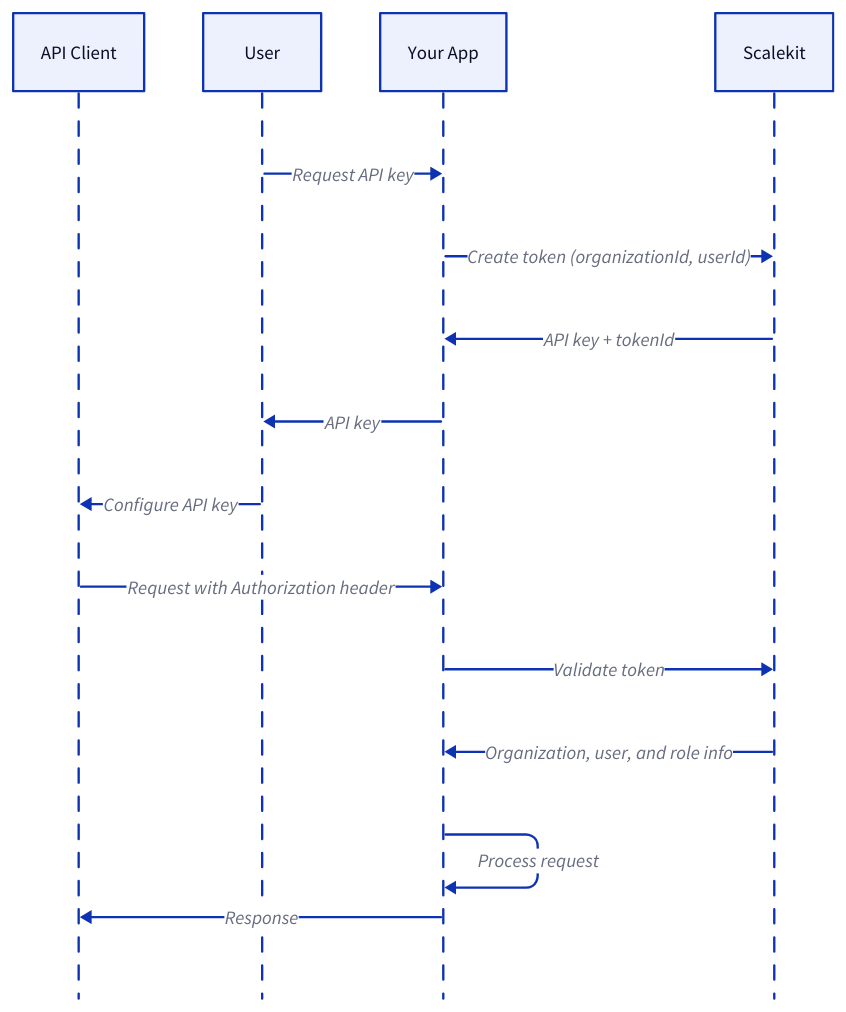
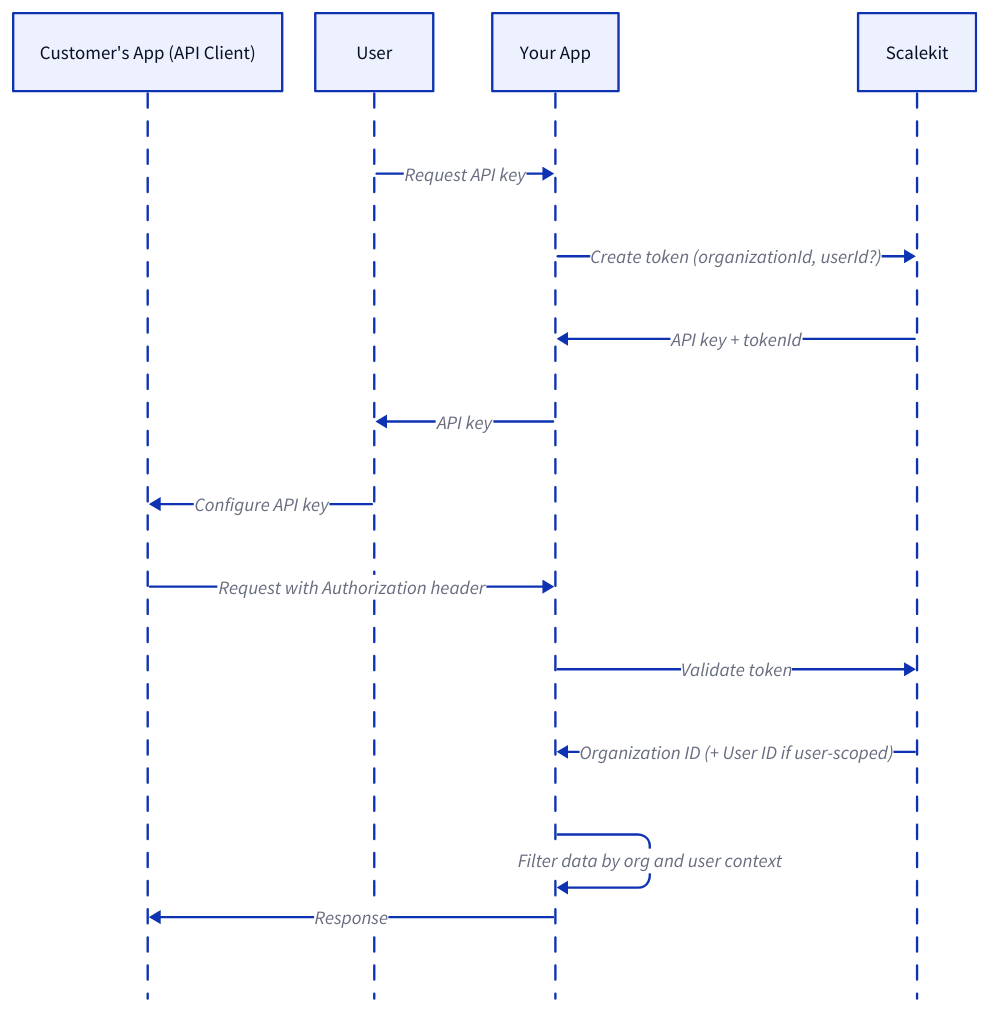
Before and after one commit to scalekit-inc/developer-docs: the diagram in src/content/docs/authenticate/m2m/api-keys.mdx, drawn with D2. The commit also changed other lines of this file and 2 other files, not shown here.

Commit message:
make the org level content and user level content, even more clear

````diff
--- a/src/content/docs/authenticate/m2m/api-keys.mdx
+++ b/src/content/docs/authenticate/m2m/api-keys.mdx
@@ -27,19 +25,19 @@
 ```d2 pad=36
 shape: sequence_diagram
 
-API Client
+Customer's App (API Client)
 User
 Your App
 Scalekit
 
 User -> Your App: Request API key
-Your App -> Scalekit: Create token (organizationId, userId)
+Your App -> Scalekit: Create token (organizationId, userId?)
 Scalekit -> Your App: API key + tokenId
 Your App -> User: API key
-User -> API Client: Configure API key
-API Client -> Your App: Request with Authorization header
+User -> Customer's App (API Client): Configure API key
+Customer's App (API Client) -> Your App: Request with Authorization header
 Your App -> Scalekit: Validate token
-Scalekit -> Your App: Organization, user, and role info
-Your App -> Your App: Process request
-Your App -> API Client: Response
+Scalekit -> Your App: Organization ID (+ User ID if user-scoped)
+Your App -> Your App: Filter data by org and user context
+Your App -> Customer's App (API Client): Response
 ```
````
